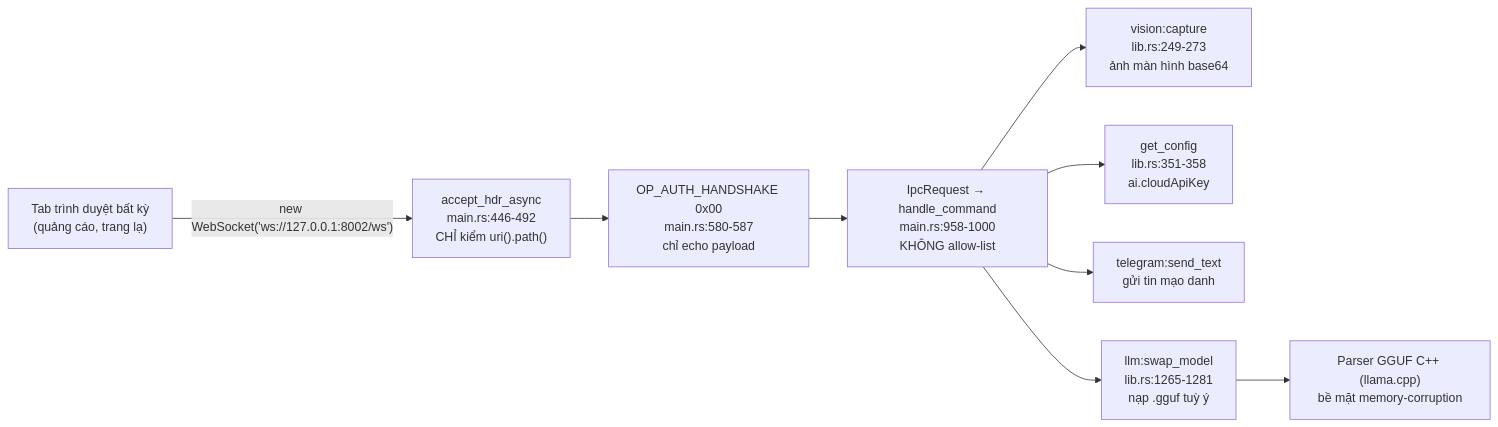
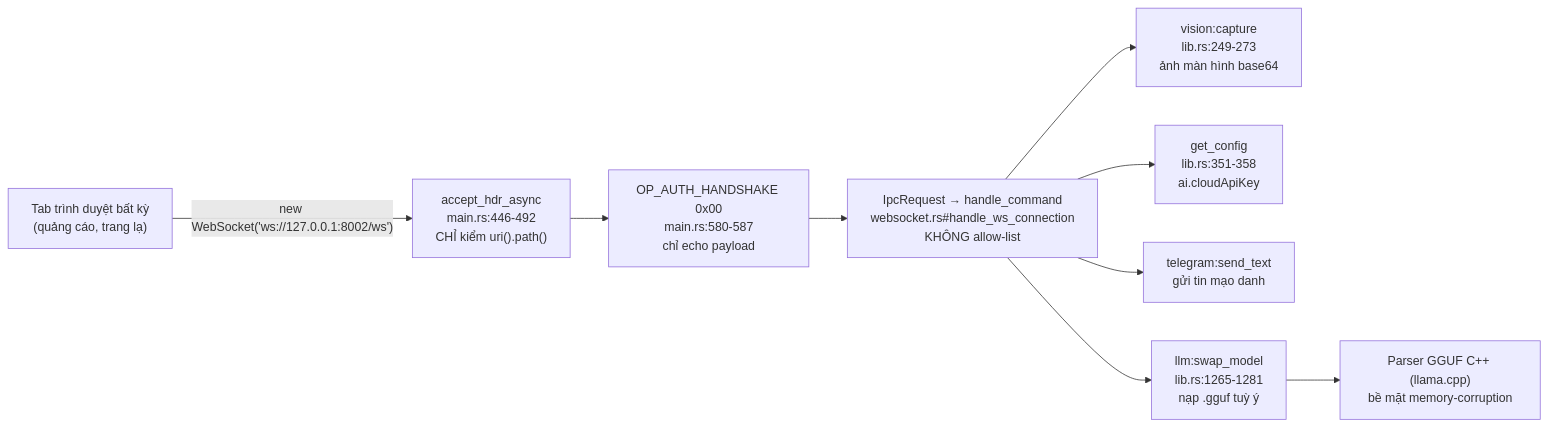
Before and after one commit to DuongNAD/LIVA: the first of 2 diagrams in docs/03-danh-gia/02-no-ky-thuat-va-rui-ro.md, drawn with Mermaid. The commit also changed other lines of this file and 27 other files, not shown here.

````diff
--- a/docs/03-danh-gia/02-no-ky-thuat-va-rui-ro.md
+++ b/docs/03-danh-gia/02-no-ky-thuat-va-rui-ro.md
@@ -85,11 +85,11 @@
 ```mermaid
 flowchart LR
     A["Tab trình duyệt bất kỳ<br/>(quảng cáo, trang lạ)"] -->|"new WebSocket('ws://127.0.0.1:8002/ws')"| B["accept_hdr_async<br/>main.rs:446-492<br/>CHỈ kiểm uri().path()"]
     B --> C["OP_AUTH_HANDSHAKE 0x00<br/>main.rs:580-587<br/>chỉ echo payload"]
-    C --> D["IpcRequest → handle_command<br/>main.rs:958-1000<br/>KHÔNG allow-list"]
+    C --> D["IpcRequest → handle_command<br/>websocket.rs#handle_ws_connection<br/>KHÔNG allow-list"]
     D --> E1["vision:capture<br/>lib.rs:249-273<br/>ảnh màn hình base64"]
     D --> E2["get_config<br/>lib.rs:351-358<br/>ai.cloudApiKey"]
     D --> E3["telegram:send_text<br/>gửi tin mạo danh"]
     D --> E4["llm:swap_model<br/>lib.rs:1265-1281<br/>nạp .gguf tuỳ ý"]
     E4 --> F["Parser GGUF C++ (llama.cpp)<br/>bề mặt memory-corruption"]
 ```
````
